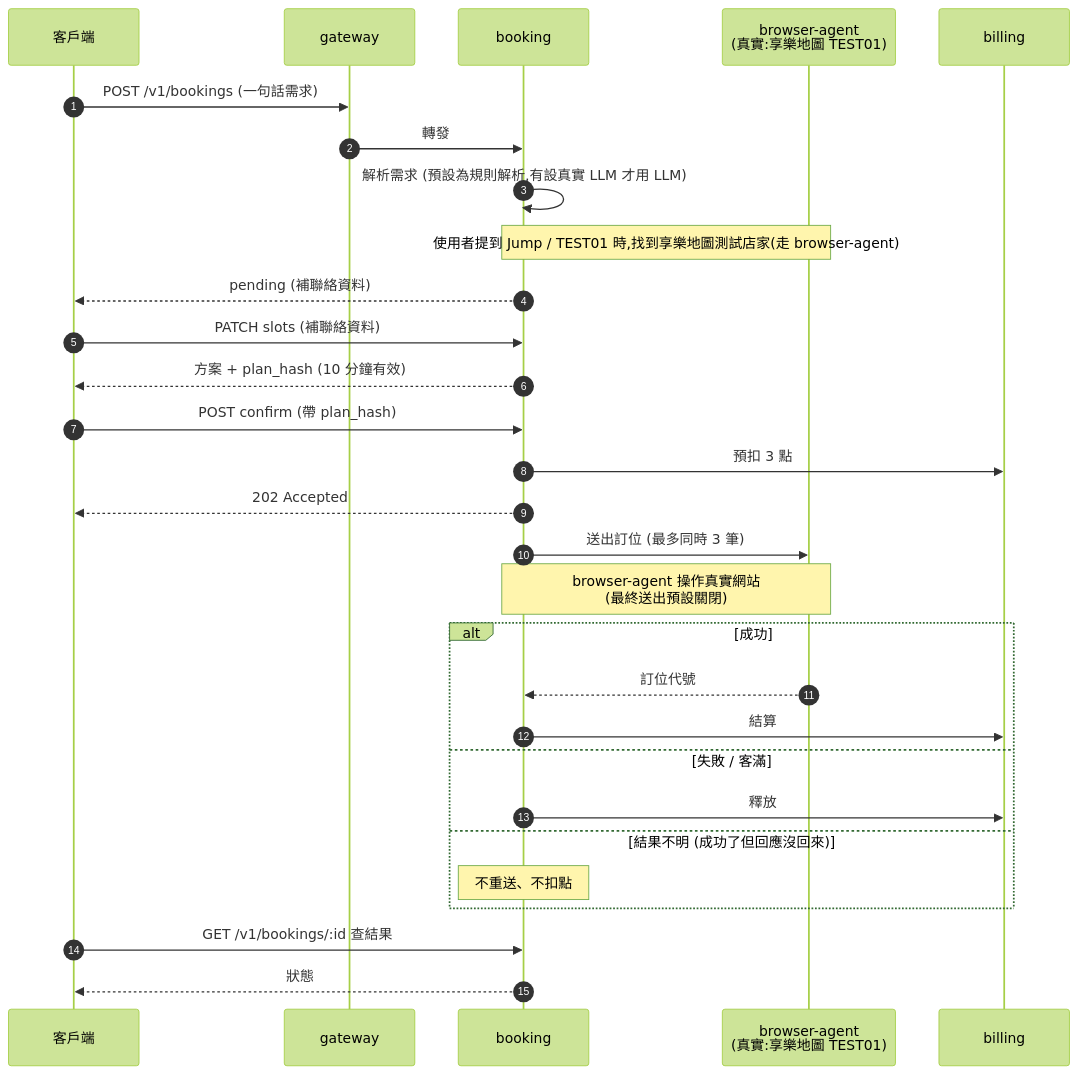
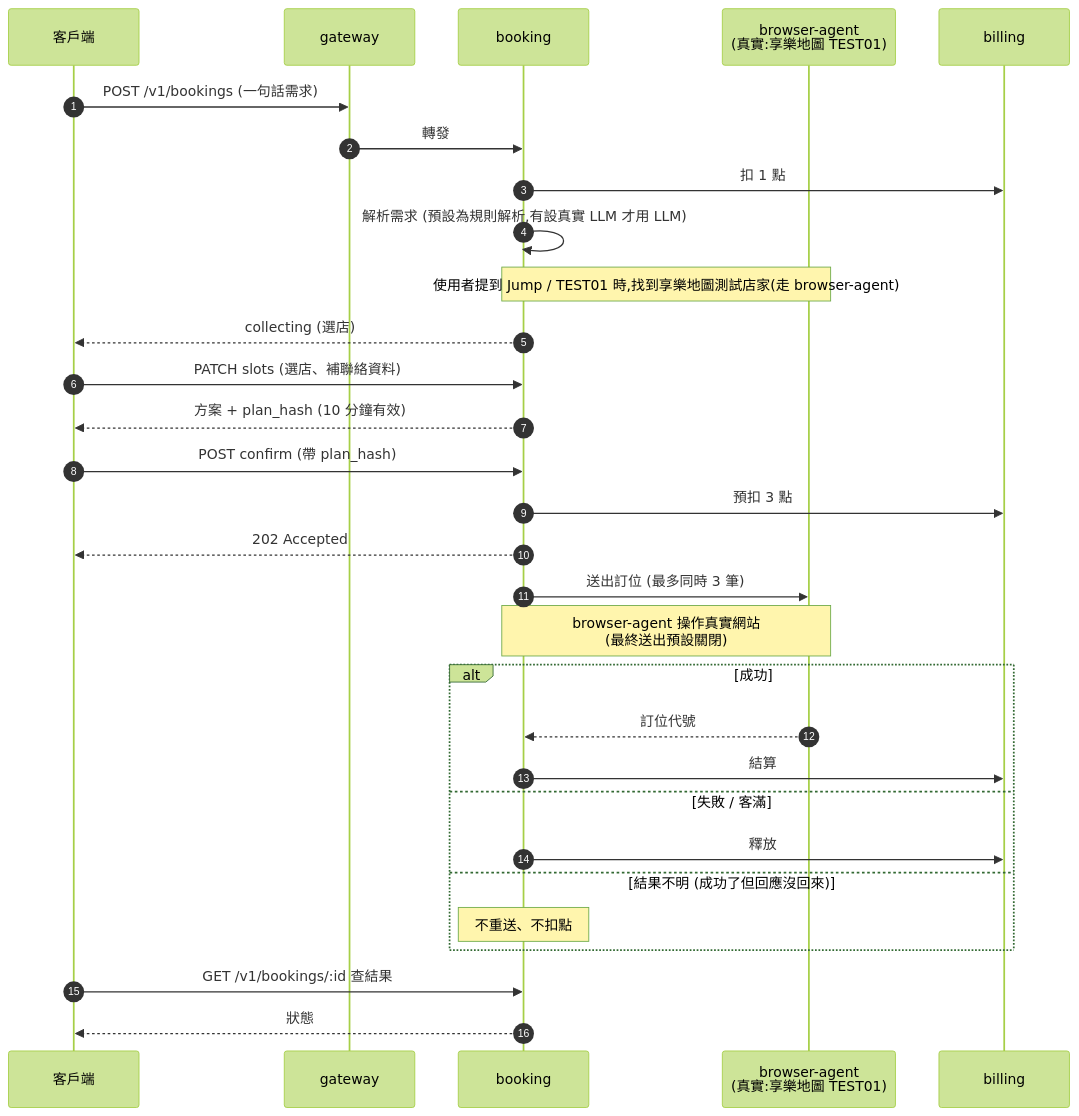
Before and after one commit to MTsung/heph-ai-homework: the fourth of 4 diagrams in docs/ARCHITECTURE-DIAGRAMS.md, drawn with Mermaid (forest theme). The commit also changed other lines of this file and 2 other files, not shown here.

Commit message:
docs: 架構圖改用 Mermaid 並對照程式碼修正，註明 browser-agent 只支援 Gemini

````diff
--- a/docs/ARCHITECTURE-DIAGRAMS.md
+++ b/docs/ARCHITECTURE-DIAGRAMS.md
@@ -108,32 +116,33 @@
 ```mermaid
 sequenceDiagram
     autonumber
     participant C as 客戶端
     participant GW as gateway
     participant BK as booking
     participant J as browser-agent<br/>(真實:享樂地圖 TEST01)
     participant B as billing
 
     C->>GW: POST /v1/bookings (一句話需求)
     GW->>BK: 轉發
+    BK->>B: 扣 1 點
     BK->>BK: 解析需求 (預設為規則解析,有設真實 LLM 才用 LLM)
     Note over BK,J: 使用者提到 Jump / TEST01 時,找到享樂地圖測試店家(走 browser-agent)
-    BK-->>C: pending (補聯絡資料)
-    C->>BK: PATCH slots (補聯絡資料)
+    BK-->>C: collecting (選店)
+    C->>BK: PATCH slots (選店、補聯絡資料)
     BK-->>C: 方案 + plan_hash (10 分鐘有效)
     C->>BK: POST confirm (帶 plan_hash)
     BK->>B: 預扣 3 點
     BK-->>C: 202 Accepted
     BK->>J: 送出訂位 (最多同時 3 筆)
     Note over BK,J: browser-agent 操作真實網站<br/>(最終送出預設關閉)
     alt 成功
         J-->>BK: 訂位代號
         BK->>B: 結算
     else 失敗 / 客滿
         BK->>B: 釋放
     else 結果不明 (成功了但回應沒回來)
         Note over BK: 不重送、不扣點
     end
     C->>BK: GET /v1/bookings/:id 查結果
     BK-->>C: 狀態
 ```
````
